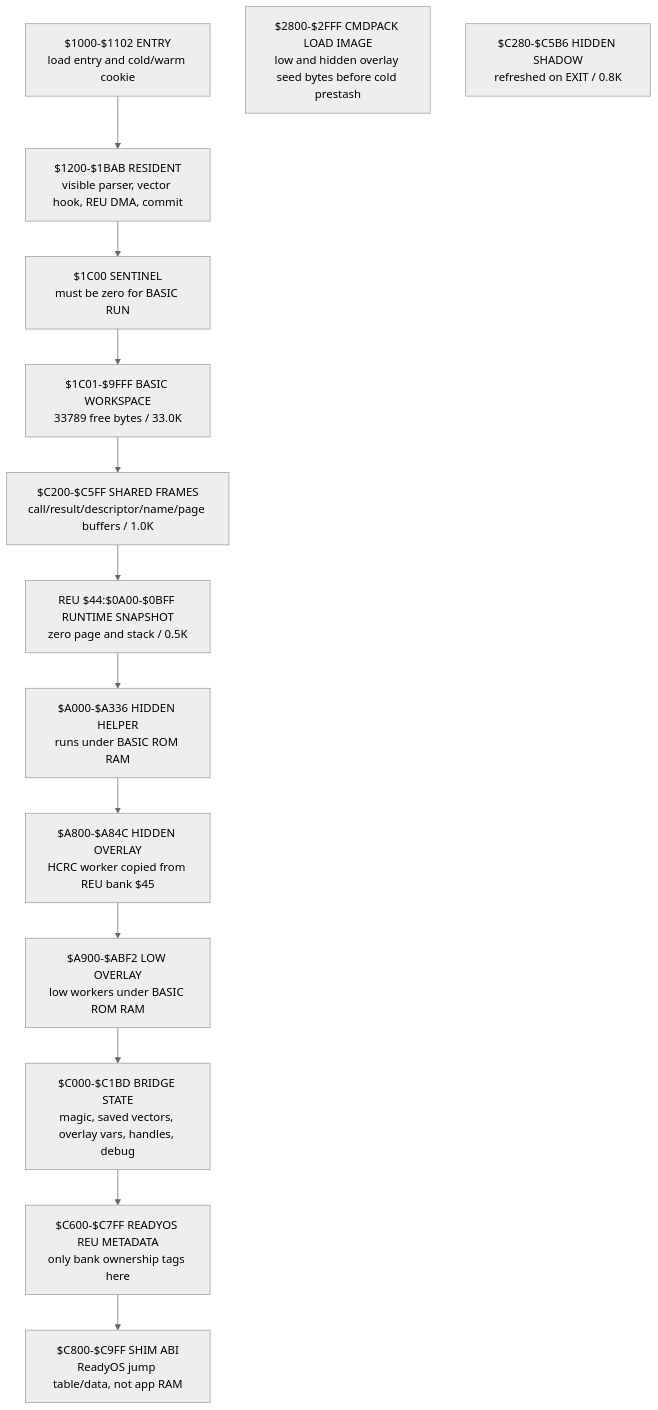
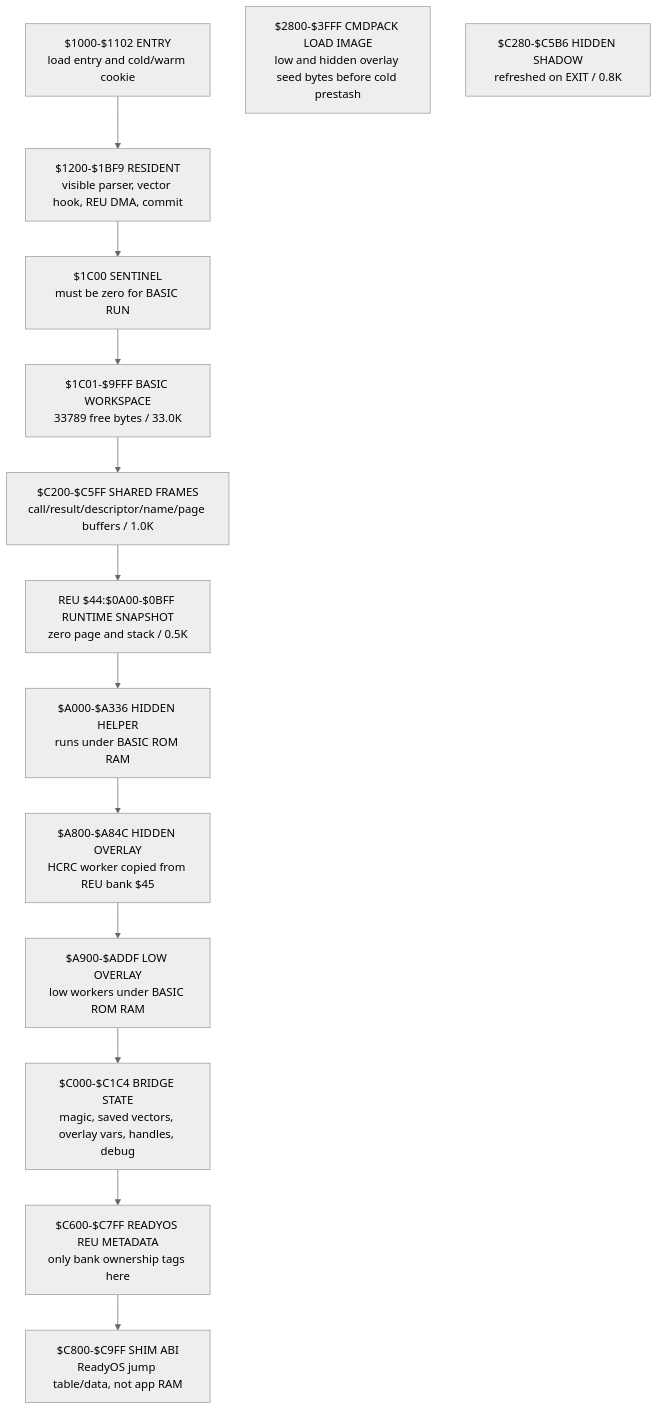
Before and after one commit to 123Onetwothree123/6502: the first of 8 diagrams in src/apps/readybasic/READYBASIC_LIFECYCLE_AND_REU_ARCHITECTURE.md, drawn with Mermaid (neutral theme). The commit also changed other lines of this file and 8 other files, not shown here.

````diff
--- a/src/apps/readybasic/READYBASIC_LIFECYCLE_AND_REU_ARCHITECTURE.md
+++ b/src/apps/readybasic/READYBASIC_LIFECYCLE_AND_REU_ARCHITECTURE.md
@@ -93,20 +93,20 @@
 ```mermaid
 flowchart TB
   A["$1000-$1102 ENTRY<br/>load entry and cold/warm cookie"]
-  B["$1200-$1BAB RESIDENT<br/>visible parser, vector hook, REU DMA, commit"]
+  B["$1200-$1BF9 RESIDENT<br/>visible parser, vector hook, REU DMA, commit"]
   C["$1C00 SENTINEL<br/>must be zero for BASIC RUN"]
   D["$1C01-$9FFF BASIC WORKSPACE<br/>33789 free bytes / 33.0K"]
-  E["$2800-$2FFF CMDPACK LOAD IMAGE<br/>low and hidden overlay seed bytes before cold prestash"]
+  E["$2800-$3FFF CMDPACK LOAD IMAGE<br/>low and hidden overlay seed bytes before cold prestash"]
   F["REU $44:$0A00-$0BFF RUNTIME SNAPSHOT<br/>zero page and stack / 0.5K"]
   G["$C200-$C5FF SHARED FRAMES<br/>call/result/descriptor/name/page buffers / 1.0K"]
   I["$C280-$C5B6 HIDDEN SHADOW<br/>refreshed on EXIT / 0.8K"]
   J["$A000-$A336 HIDDEN HELPER<br/>runs under BASIC ROM RAM"]
   K["$A800-$A84C HIDDEN OVERLAY<br/>HCRC worker copied from REU bank $45"]
-  O["$A900-$ABF2 LOW OVERLAY<br/>low workers under BASIC ROM RAM"]
-  L["$C000-$C1BD BRIDGE STATE<br/>magic, saved vectors, overlay vars, handles, debug"]
+  O["$A900-$ADDF LOW OVERLAY<br/>low workers under BASIC ROM RAM"]
+  L["$C000-$C1C4 BRIDGE STATE<br/>magic, saved vectors, overlay vars, handles, debug"]
   M["$C600-$C7FF READYOS REU METADATA<br/>only bank ownership tags here"]
   N["$C800-$C9FF SHIM ABI<br/>ReadyOS jump table/data, not app RAM"]
 
   A --> B --> C --> D --> G
   G --> F --> J --> K --> O --> L --> M --> N
 ```
````
